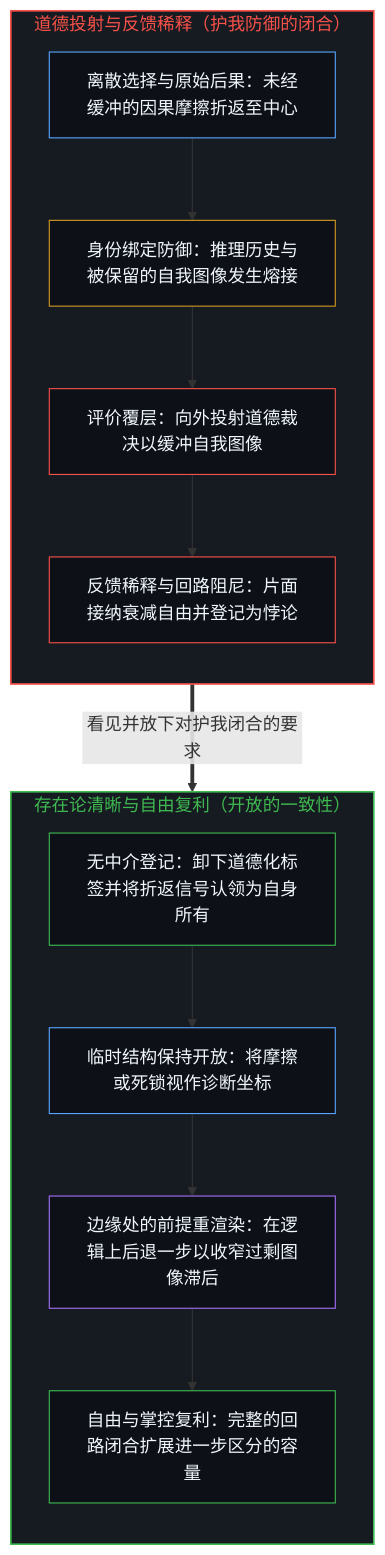
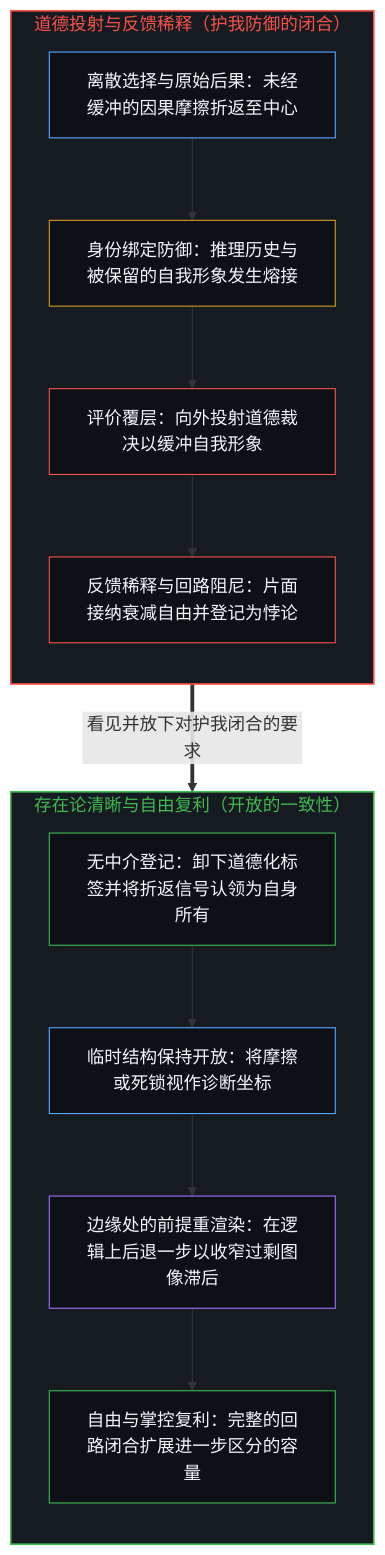
The first of 2 diagrams in content/posts/moral-language-dilutes-the-feedback-that-scales-freedom.md (powerpig99/not-a-toe), drawn with Mermaid before and after one commit. The commit also changed other lines of this file and 9 other files, not shown here.

````diff
--- a/content/posts/moral-language-dilutes-the-feedback-that-scales-freedom.md
+++ b/content/posts/moral-language-dilutes-the-feedback-that-scales-freedom.md
@@ -61,30 +61,30 @@
 ```mermaid
 flowchart TD
     subgraph S_Moral["道德投射与反馈稀释（护我防御的闭合）"]
         direction TB
         M_Act["离散选择与原始后果：未经缓冲的因果摩擦折返至中心"]
-        M_Ego["身份绑定防御：推理历史与被保留的自我图像发生熔接"]
-        M_Overlay["评价覆层：向外投射道德裁决以缓冲自我图像"]
+        M_Ego["身份绑定防御：推理历史与被保留的自我形象发生熔接"]
+        M_Overlay["评价覆层：向外投射道德裁决以缓冲自我形象"]
         M_Damp["反馈稀释与回路阻尼：片面接纳衰减自由并登记为悖论"]
         M_Act --> M_Ego --> M_Overlay --> M_Damp
     end
     subgraph S_Clarity["存在论清晰与自由复利（开放的一致性）"]
         direction TB
         C_Drop["无中介登记：卸下道德化标签并将折返信号认领为自身所有"]
         C_Open["临时结构保持开放：将摩擦或死锁视作诊断坐标"]
         C_Render["边缘处的前提重渲染：在逻辑上后退一步以收窄过剩图像滞后"]
         C_Scale["自由与掌控复利：完整的回路闭合扩展进一步区分的容量"]
         C_Drop --> C_Open --> C_Render --> C_Scale
     end
     M_Damp ==>|"看见并放下对护我闭合的要求"| C_Drop
     style S_Moral fill:#161b22,stroke:#f85149,stroke-width:1.5px,color:#f85149
     style S_Clarity fill:#161b22,stroke:#3fb950,stroke-width:1.5px,color:#3fb950
     style M_Act fill:#0d1117,stroke:#58a6ff,stroke-width:1px,color:#f0f6fc
     style M_Ego fill:#0d1117,stroke:#d29922,stroke-width:1px,color:#f0f6fc
     style M_Overlay fill:#0d1117,stroke:#f85149,stroke-width:1px,color:#f0f6fc
     style M_Damp fill:#0d1117,stroke:#f85149,stroke-width:1px,color:#f0f6fc
     style C_Drop fill:#0d1117,stroke:#3fb950,stroke-width:1px,color:#f0f6fc
     style C_Open fill:#0d1117,stroke:#58a6ff,stroke-width:1px,color:#f0f6fc
     style C_Render fill:#0d1117,stroke:#a371f7,stroke-width:1px,color:#f0f6fc
     style C_Scale fill:#0d1117,stroke:#3fb950,stroke-width:1px,color:#f0f6fc
 ```
````
